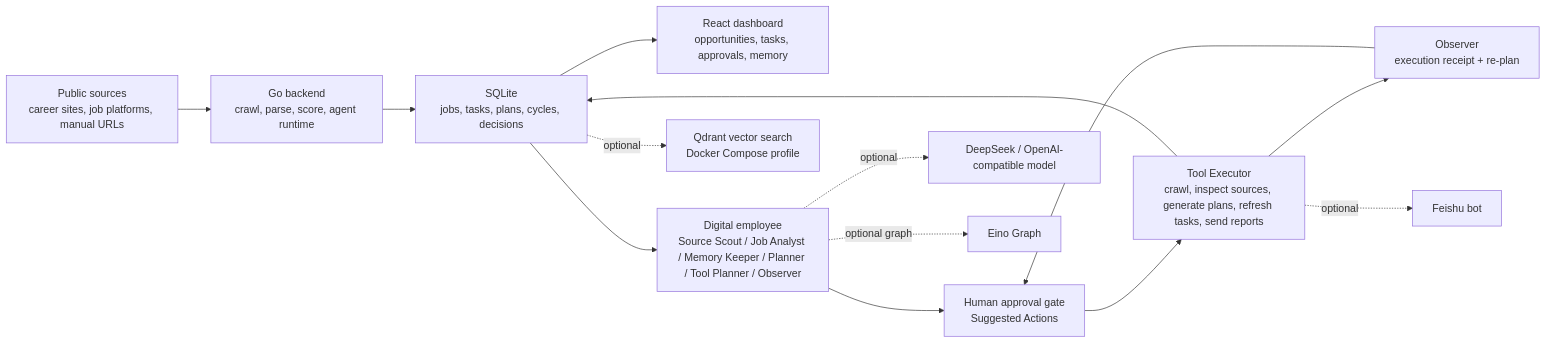
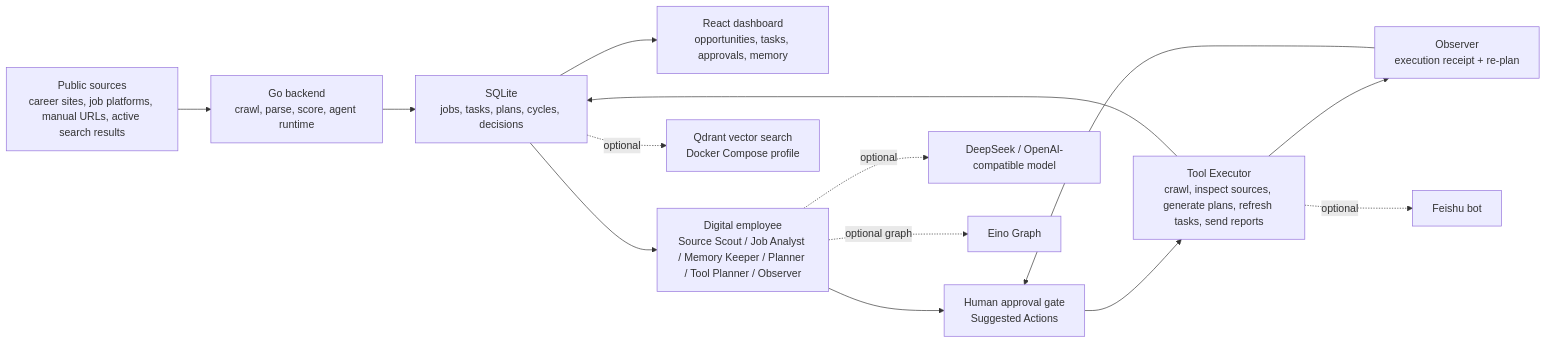
The diagram in README.md (wenroudeyanhuo/Job-hunter-agent), drawn with Mermaid before and after one commit. The commit also changed other lines of this file and 18 other files, not shown here.

````diff
--- a/README.md
+++ b/README.md
@@ -24,16 +24,16 @@
 ```mermaid
 flowchart LR
-  Sources["Public sources<br/>career sites, job platforms, manual URLs"] --> Backend["Go backend<br/>crawl, parse, score, agent runtime"]
+  Sources["Public sources<br/>career sites, job platforms, manual URLs, active search results"] --> Backend["Go backend<br/>crawl, parse, score, agent runtime"]
   Backend --> SQLite["SQLite<br/>jobs, tasks, plans, cycles, decisions"]
   SQLite --> Dashboard["React dashboard<br/>opportunities, tasks, approvals, memory"]
   SQLite --> Agent["Digital employee<br/>Source Scout / Job Analyst / Memory Keeper / Planner / Tool Planner / Observer"]
   Agent --> Approval["Human approval gate<br/>Suggested Actions"]
   Approval --> Tools["Tool Executor<br/>crawl, inspect sources, generate plans, refresh tasks, send reports"]
   Tools --> SQLite
   Tools --> Observer["Observer<br/>execution receipt + re-plan"]
   Observer --> Approval
   Agent -. optional .-> Model["DeepSeek / OpenAI-compatible model"]
   Agent -. optional graph .-> Eino["Eino Graph"]
   SQLite -. optional .-> Qdrant["Qdrant vector search<br/>Docker Compose profile"]
   Tools -. optional .-> Feishu["Feishu bot"]
 ```
````
